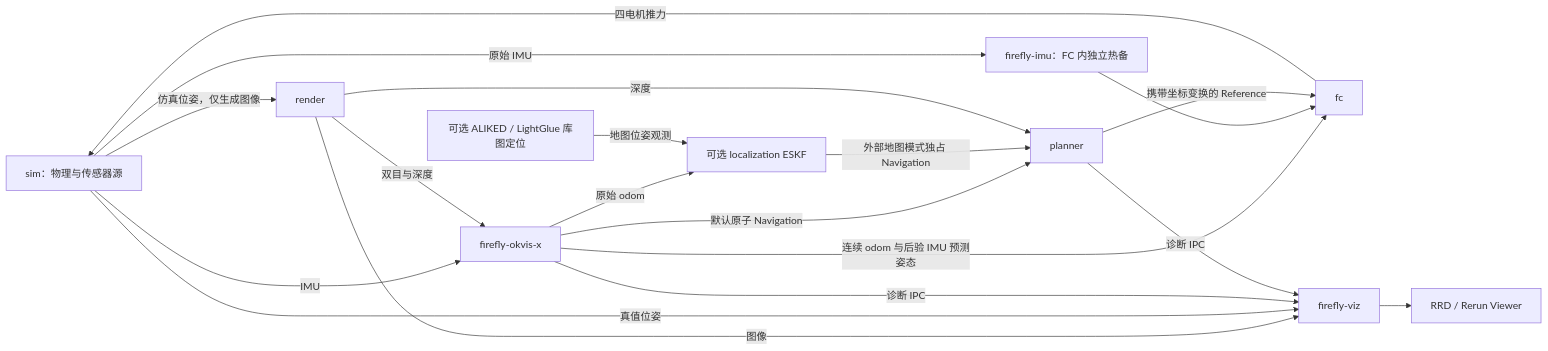
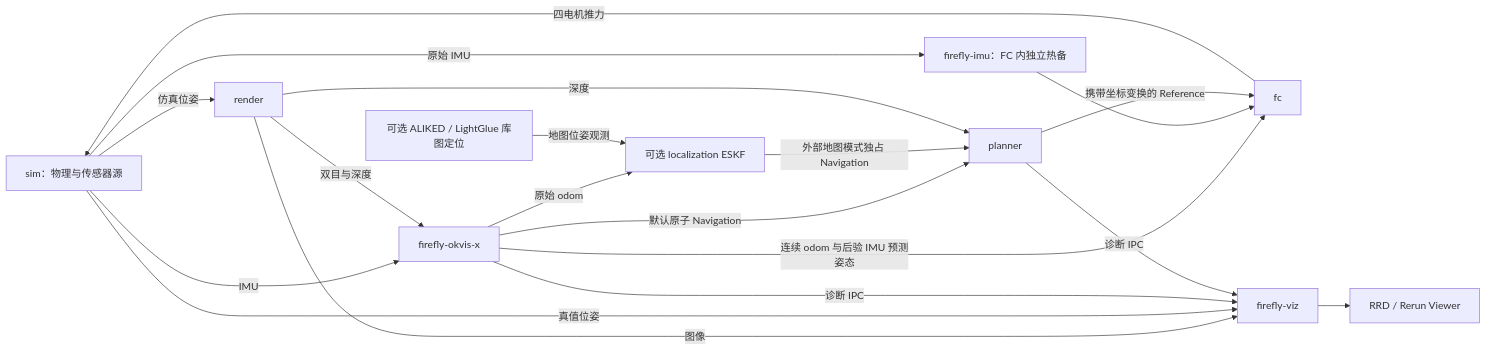
The first of 2 diagrams in docs/architecture.md (3SE-Competitive-Robotics-Team/firefly), drawn with Mermaid before and after one commit. The commit also changed other lines of this file and 17 other files, not shown here.

Commit message:
fix(viz): 接通 OKVIS 诊断与地图位姿并移除默认场地模型

````diff
--- a/docs/architecture.md
+++ b/docs/architecture.md
@@ -11,21 +11,21 @@
 ```mermaid
 flowchart LR
     SIM[sim：物理与传感器源] -->|IMU| V[firefly-okvis-x]
-    SIM -->|仿真位姿，仅生成图像| R[render]
+    SIM -->|仿真位姿| R[render]
     R -->|双目与深度| V
     V -->|连续 odom 与后验 IMU 预测姿态| F[fc]
     SIM -->|原始 IMU| I[firefly-imu：FC 内独立热备]
     I --> F
     F -->|四电机推力| SIM
     V -->|默认原子 Navigation| P[planner]
     V -->|原始 odom| L[可选 localization ESKF]
     A[可选 ALIKED / LightGlue 库图定位] -->|地图位姿观测| L
     L -->|外部地图模式独占 Navigation| P
     R -->|深度| P
     P -->|携带坐标变换的 Reference| F
     R -->|图像| D[firefly-viz]
     SIM -->|真值位姿| D
     V -->|诊断 IPC| D
     P -->|诊断 IPC| D
     D --> RRD[RRD / Rerun Viewer]
 ```
````
